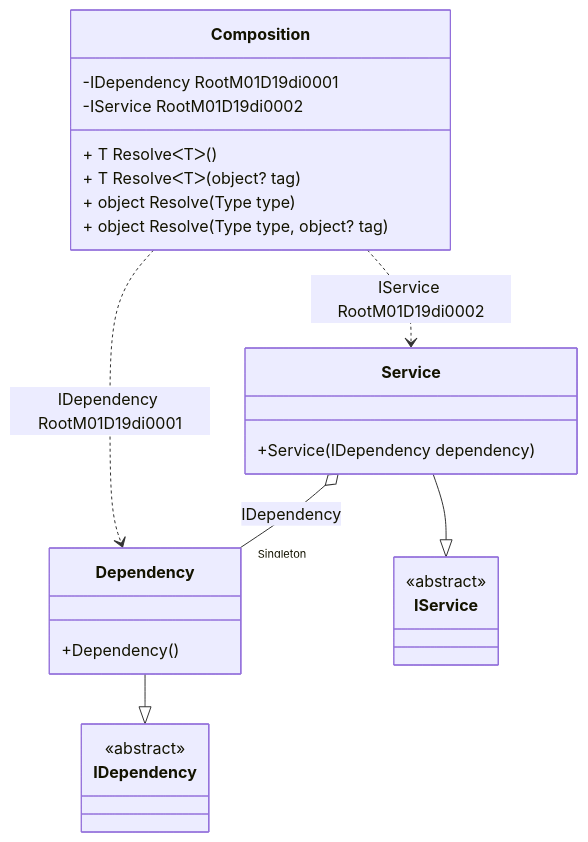
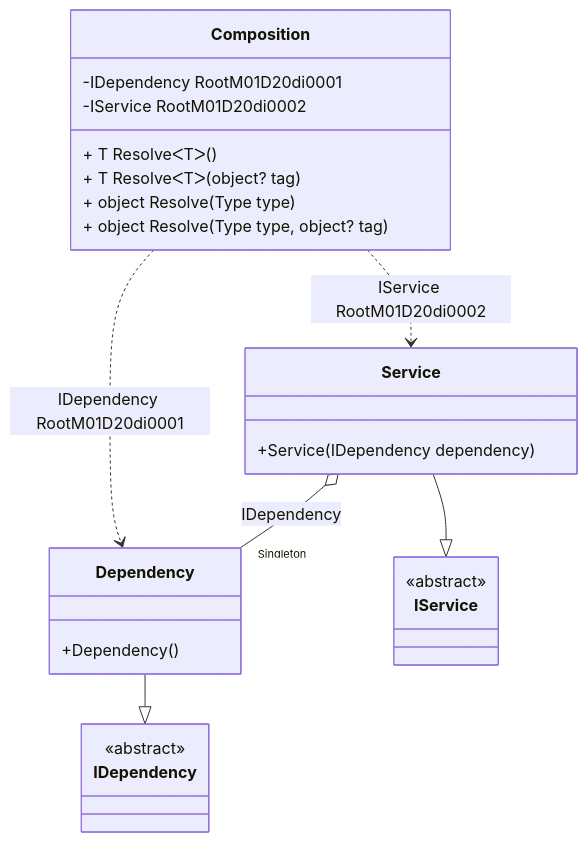
One commit to DevTeam/Pure.DI changed the diagram in readme/service-collection.md. Above: the diagram before and after it, drawn with Mermaid. The commit also changed other lines of this file and 64 other files, not shown here.

````diff
--- a/readme/service-collection.md
+++ b/readme/service-collection.md
@@ -47,28 +47,28 @@
 ```mermaid
 classDiagram
   class Composition {
-    -IDependency RootM01D19di0001
-    -IService RootM01D19di0002
+    -IDependency RootM01D20di0001
+    -IService RootM01D20di0002
     + T ResolveᐸTᐳ()
     + T ResolveᐸTᐳ(object? tag)
     + object Resolve(Type type)
     + object Resolve(Type type, object? tag)
   }
   Dependency --|> IDependency : 
   class Dependency {
     +Dependency()
   }
   Service --|> IService : 
   class Service {
     +Service(IDependency dependency)
   }
   class IDependency {
     <<abstract>>
   }
   class IService {
     <<abstract>>
   }
   Service o--  "Singleton" Dependency : IDependency
-  Composition ..> Dependency : IDependency RootM01D19di0001
-  Composition ..> Service : IService RootM01D19di0002
+  Composition ..> Dependency : IDependency RootM01D20di0001
+  Composition ..> Service : IService RootM01D20di0002
 ```
````
